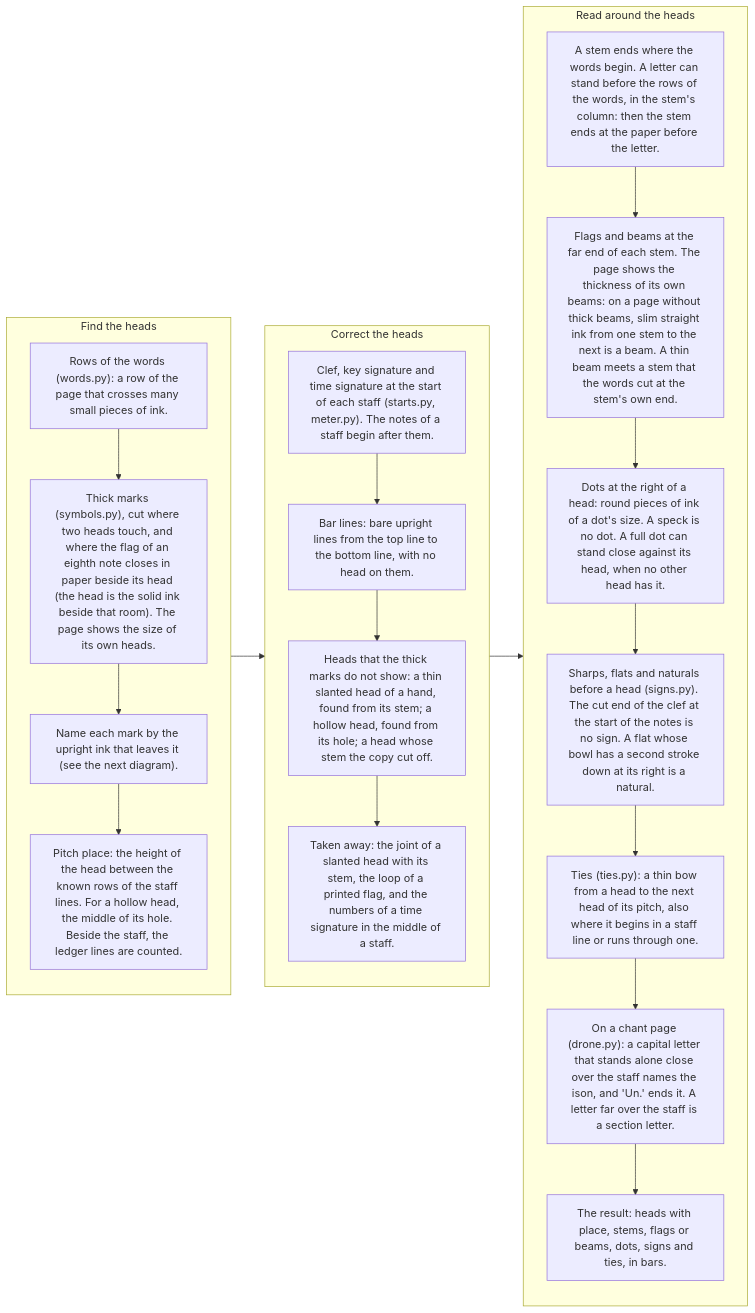
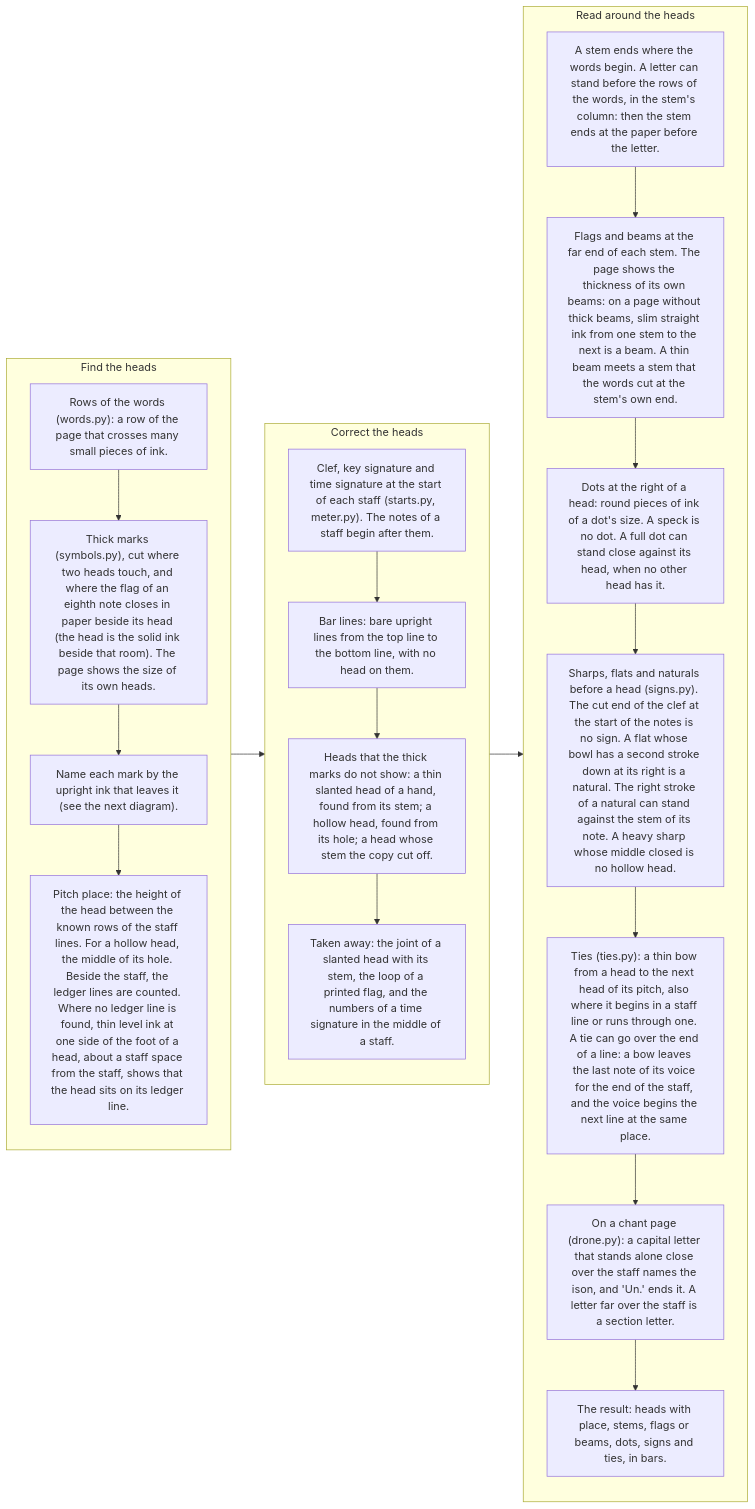
The fourth of 11 diagrams in README.md (sweet-cicero/ScoreReader), drawn with Mermaid before and after one commit. The commit also changed other lines of this file and 4 other files, not shown here.

First line of the commit message:
Five rules for signs, ledger lines and ties: clean copies 94.2 %

````diff
--- a/README.md
+++ b/README.md
@@ -147,31 +147,31 @@
 ```mermaid
 flowchart LR
     subgraph find["Find the heads"]
         direction TB
         f0["Rows of the words (words.py): a row of the page that crosses many small pieces of ink."]
         f1["Thick marks (symbols.py), cut where two heads touch, and where the flag of an eighth note closes in paper beside its head (the head is the solid ink beside that room). The page shows the size of its own heads."]
         f2["Name each mark by the upright ink that leaves it (see the next diagram)."]
-        f3["Pitch place: the height of the head between the known rows of the staff lines. For a hollow head, the middle of its hole. Beside the staff, the ledger lines are counted."]
+        f3["Pitch place: the height of the head between the known rows of the staff lines. For a hollow head, the middle of its hole. Beside the staff, the ledger lines are counted. Where no ledger line is found, thin level ink at one side of the foot of a head, about a staff space from the staff, shows that the head sits on its ledger line."]
         f0 --> f1 --> f2 --> f3
     end
     subgraph more["Correct the heads"]
         direction TB
         m1["Clef, key signature and time signature at the start of each staff (starts.py, meter.py). The notes of a staff begin after them."]
         m2["Bar lines: bare upright lines from the top line to the bottom line, with no head on them."]
         m3["Heads that the thick marks do not show: a thin slanted head of a hand, found from its stem; a hollow head, found from its hole; a head whose stem the copy cut off."]
         m4["Taken away: the joint of a slanted head with its stem, the loop of a printed flag, and the numbers of a time signature in the middle of a staff."]
         m1 --> m2 --> m3 --> m4
     end
     subgraph around["Read around the heads"]
         direction TB
         a1["A stem ends where the words begin. A letter can stand before the rows of the words, in the stem's column: then the stem ends at the paper before the letter."]
         a2["Flags and beams at the far end of each stem. The page shows the thickness of its own beams: on a page without thick beams, slim straight ink from one stem to the next is a beam. A thin beam meets a stem that the words cut at the stem's own end."]
         a3["Dots at the right of a head: round pieces of ink of a dot's size. A speck is no dot. A full dot can stand close against its head, when no other head has it."]
-        a4["Sharps, flats and naturals before a head (signs.py). The cut end of the clef at the start of the notes is no sign. A flat whose bowl has a second stroke down at its right is a natural."]
-        a5["Ties (ties.py): a thin bow from a head to the next head of its pitch, also where it begins in a staff line or runs through one."]
+        a4["Sharps, flats and naturals before a head (signs.py). The cut end of the clef at the start of the notes is no sign. A flat whose bowl has a second stroke down at its right is a natural. The right stroke of a natural can stand against the stem of its note. A heavy sharp whose middle closed is no hollow head."]
+        a5["Ties (ties.py): a thin bow from a head to the next head of its pitch, also where it begins in a staff line or runs through one. A tie can go over the end of a line: a bow leaves the last note of its voice for the end of the staff, and the voice begins the next line at the same place."]
         a6["On a chant page (drone.py): a capital letter that stands alone close over the staff names the ison, and 'Un.' ends it. A letter far over the staff is a section letter."]
         a7["The result: heads with place, stems, flags or beams, dots, signs and ties, in bars."]
         a1 --> a2 --> a3 --> a4 --> a5 --> a6 --> a7
     end
     find --> more --> around
 ```
````
